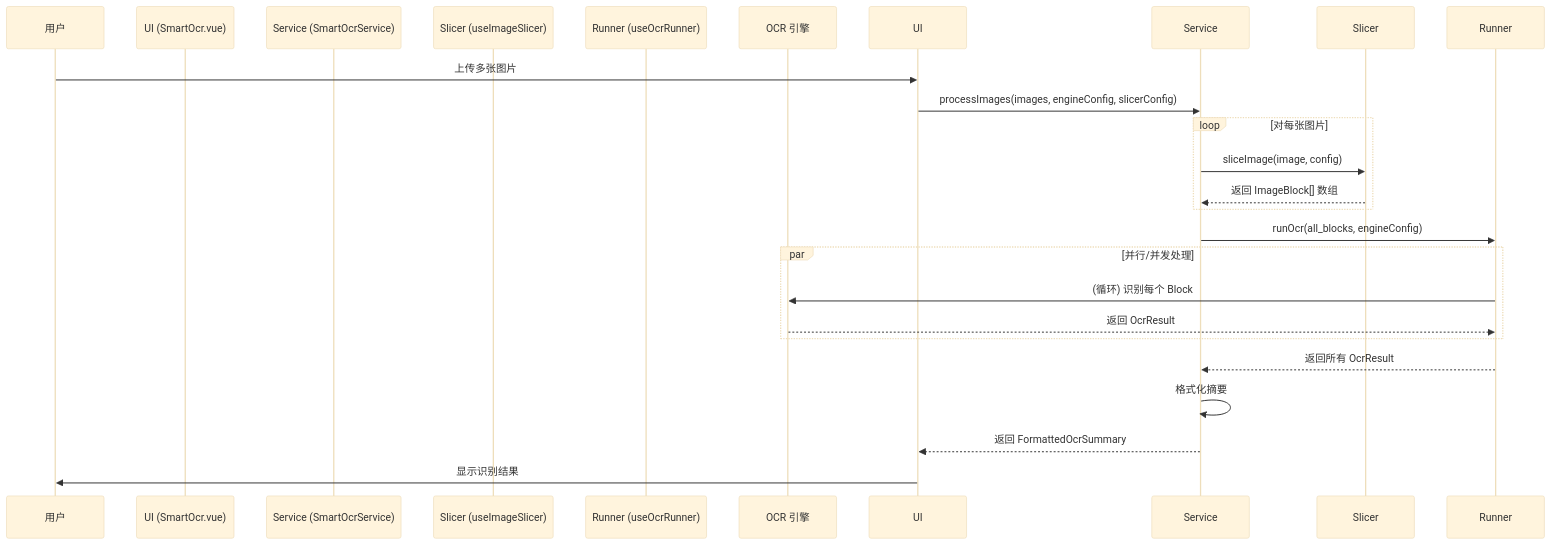
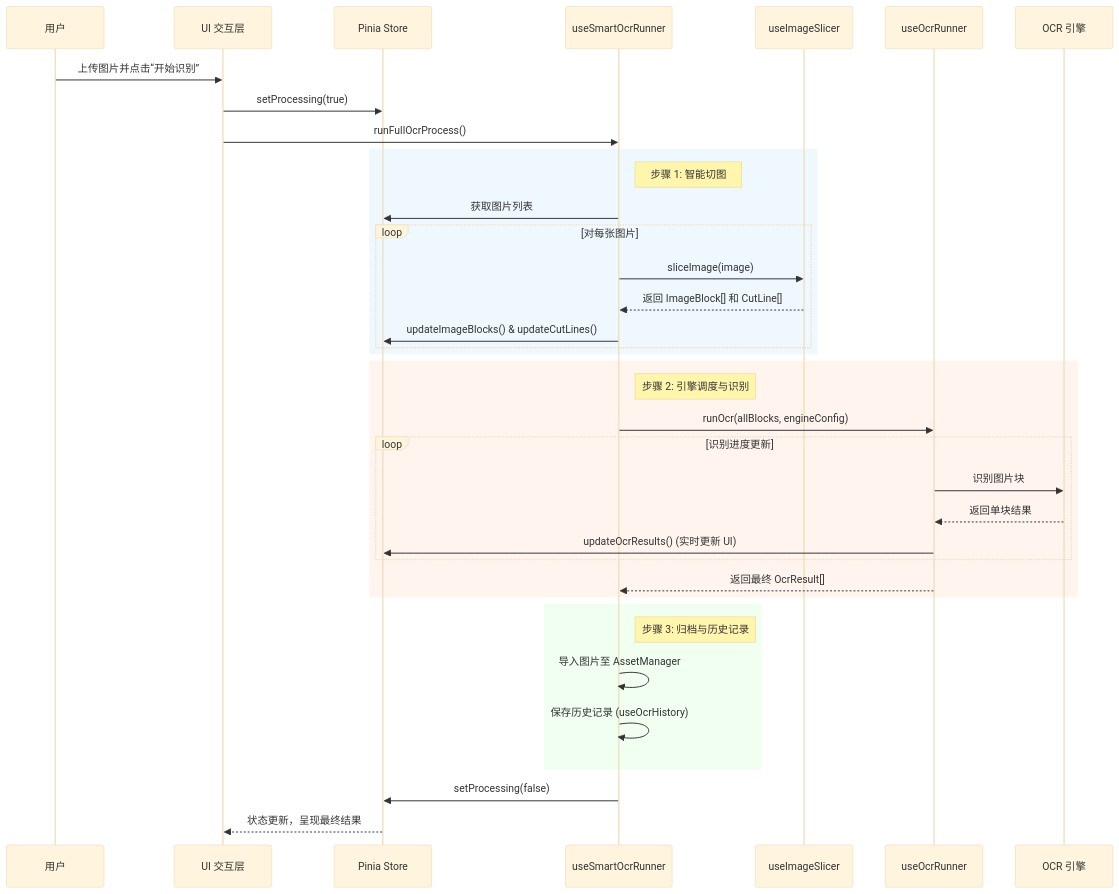
Before and after one commit to miaotouy/aio-hub: the first of 2 diagrams in src/tools/smart-ocr/ARCHITECTURE.md, drawn with Mermaid (base theme). The commit also changed other lines of this file, not shown here.

First line of the commit message:
docs(smart-ocr): 更新架构文档，新增插件扩展机制与分层架构说明

````diff
--- a/src/tools/smart-ocr/ARCHITECTURE.md
+++ b/src/tools/smart-ocr/ARCHITECTURE.md
@@ -47,29 +128,44 @@
 ```mermaid
 sequenceDiagram
     participant User as 用户
-    participant UI (SmartOcr.vue)
-    participant Service (SmartOcrService)
-    participant Slicer (useImageSlicer)
-    participant Runner (useOcrRunner)
+    participant UI as UI 交互层
+    participant Store as Pinia Store
+    participant Runner as useSmartOcrRunner
+    participant Slicer as useImageSlicer
+    participant Dispatcher as useOcrRunner
     participant Engine as OCR 引擎
 
-    User->>UI: 上传多张图片
-    UI->>Service: processImages(images, engineConfig, slicerConfig)
+    User->>UI: 上传图片并点击“开始识别”
+    UI->>Store: setProcessing(true)
+    UI->>Runner: runFullOcrProcess()
 
-    loop 对每张图片
-        Service->>Slicer: sliceImage(image, config)
-        Slicer-->>Service: 返回 ImageBlock[] 数组
+    rect rgb(240, 248, 255)
+        note right of Runner: 步骤 1: 智能切图
+        Runner->>Store: 获取图片列表
+        loop 对每张图片
+            Runner->>Slicer: sliceImage(image)
+            Slicer-->>Runner: 返回 ImageBlock[] 和 CutLine[]
+            Runner->>Store: updateImageBlocks() & updateCutLines()
+        end
     end
 
-    Service->>Runner: runOcr(all_blocks, engineConfig)
-
-    par 并行/并发处理
-        Runner->>Engine: (循环) 识别每个 Block
-        Engine-->>Runner: 返回 OcrResult
+    rect rgb(255, 245, 238)
+        note right of Runner: 步骤 2: 引擎调度与识别
+        Runner->>Dispatcher: runOcr(allBlocks, engineConfig)
+        loop 识别进度更新
+            Dispatcher->>Engine: 识别图片块
+            Engine-->>Dispatcher: 返回单块结果
+            Dispatcher->>Store: updateOcrResults() (实时更新 UI)
+        end
+        Dispatcher-->>Runner: 返回最终 OcrResult[]
     end
 
-    Runner-->>Service: 返回所有 OcrResult
-    Service->>Service: 格式化摘要
-    Service-->>UI: 返回 FormattedOcrSummary
-    UI->>User: 显示识别结果
+    rect rgb(240, 255, 240)
+        note right of Runner: 步骤 3: 归档与历史记录
+        Runner->>Runner: 导入图片至 AssetManager
+        Runner->>Runner: 保存历史记录 (useOcrHistory)
+    end
+
+    Runner->>Store: setProcessing(false)
+    Store-->>UI: 状态更新，呈现最终结果
 ```
````
